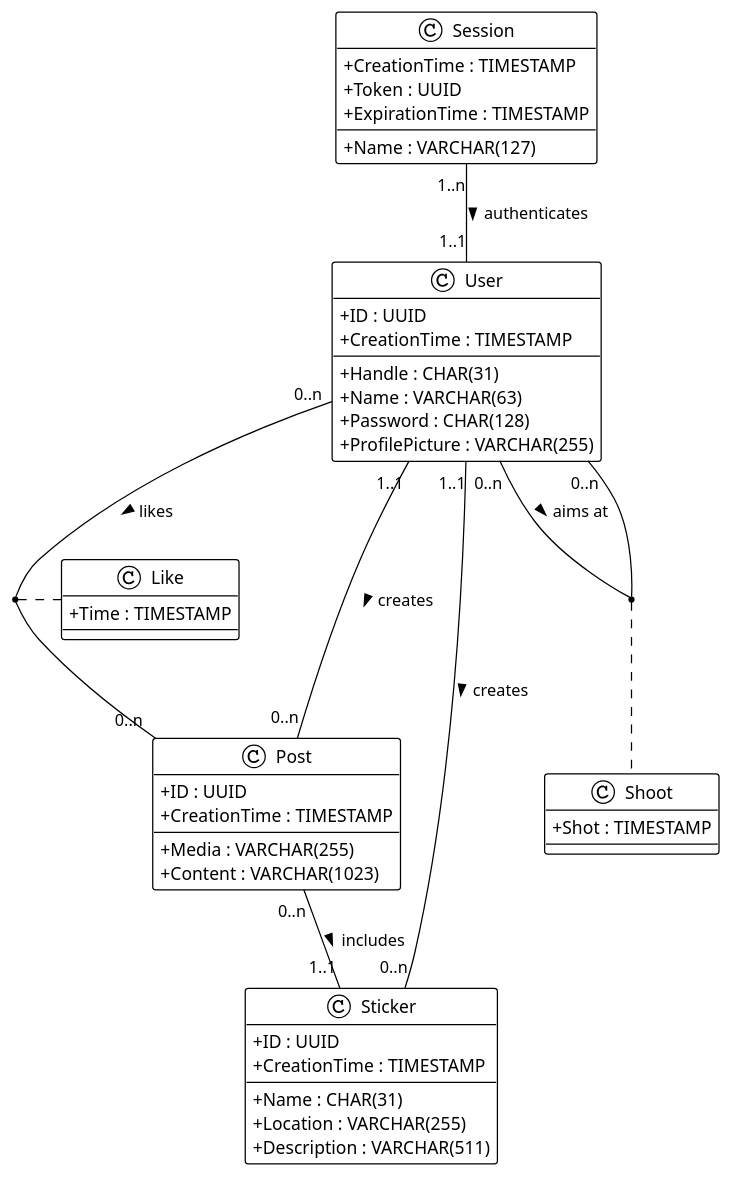
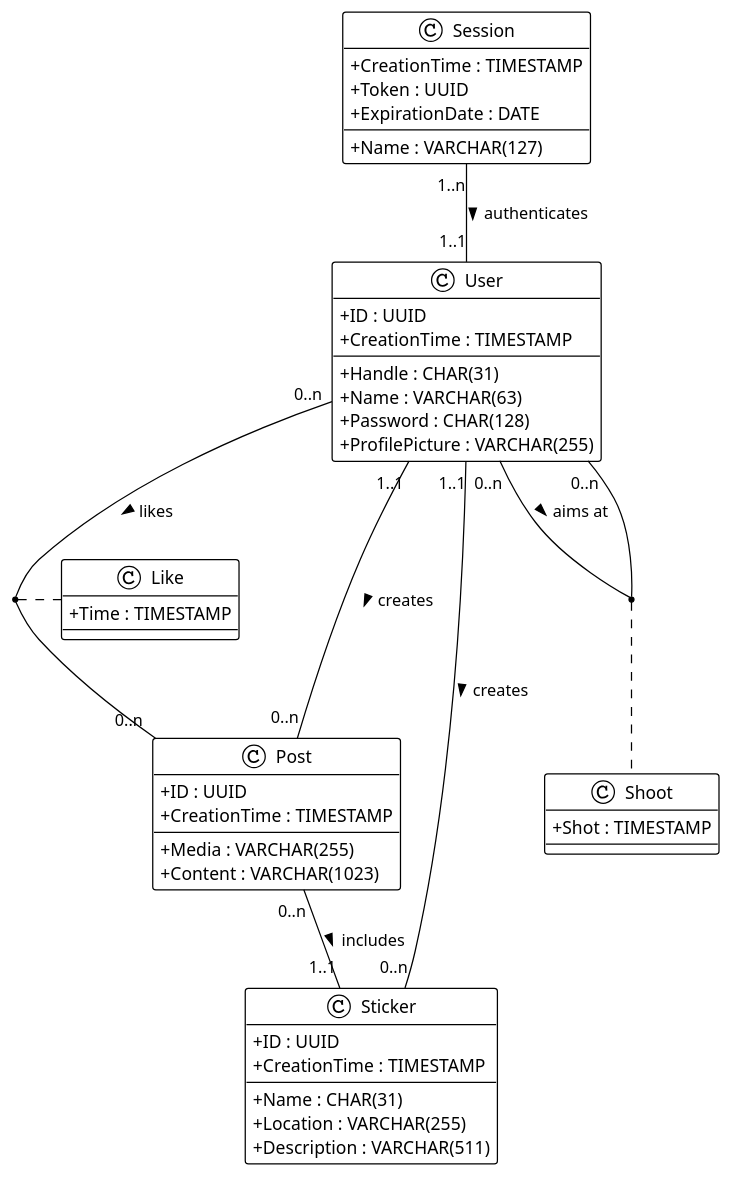
The diagram in doc/hiddlestick.puml (luca-baeck/Soziales-Netzwerk), drawn with PlantUML before and after one commit. The commit also changed 3 other files, not shown here.

Commit message:
Changed type of expiration from TIMESTAMP to DATE

```diff
--- a/doc/hiddlestick.puml
+++ b/doc/hiddlestick.puml
@@ -1,72 +1,72 @@
 @startuml hiddlestick
 
 !theme plain
 skinparam ClassAttributeIconSize 0
 
 class User{
     + ID : UUID
     + Handle : CHAR(31)
     + Name : VARCHAR(63)
     + Password : CHAR(128)
     + ProfilePicture : VARCHAR(255)
     + CreationTime : TIMESTAMP
 }
 
 class Post{
     + ID : UUID
     /'
     /+ CreatorID : UUID
     /+ StickerID : UUID
     '/
     + Media : VARCHAR(255)
     + Content : VARCHAR(1023)
     + CreationTime : TIMESTAMP
 }
 
 class Sticker{
     + ID : UUID
     + Name : CHAR(31)
     + Location : VARCHAR(255)
     /'
     /+ CreatorID : UUID
     '/
     + Description : VARCHAR(511)
     + CreationTime : TIMESTAMP
 }
 
 User "0..n" -- "0..n" User : aims at >
 (User, User) . Shoot
 User "1..1" -- "0..n" Post : creates >
 User "1..1" -- "0..n" Sticker : creates >
 Post "0..n" -- "1..1" Sticker : includes >
 User "0..n" -- "0..n" Post : likes >
 Session "1..n" -- "1..1" User : authenticates >
 (User, Post) . Like
 
 class Shoot{
     /'
     /+ Target : UUID
     /+ Archer : UUID
     '/
     + Shot : TIMESTAMP
 }
 
 class Like{
     /'
     /+ PostID : UUID
     /+ UserID : UUID
     '/
     + Time : TIMESTAMP
 }
 
 class Session{
     /'
     /+ UserID : UUID
     '/
     + CreationTime : TIMESTAMP
     + Name : VARCHAR(127)
     + Token : UUID
-    + ExpirationTime : TIMESTAMP
+    + ExpirationDate : DATE
 }
 
 @enduml
```
